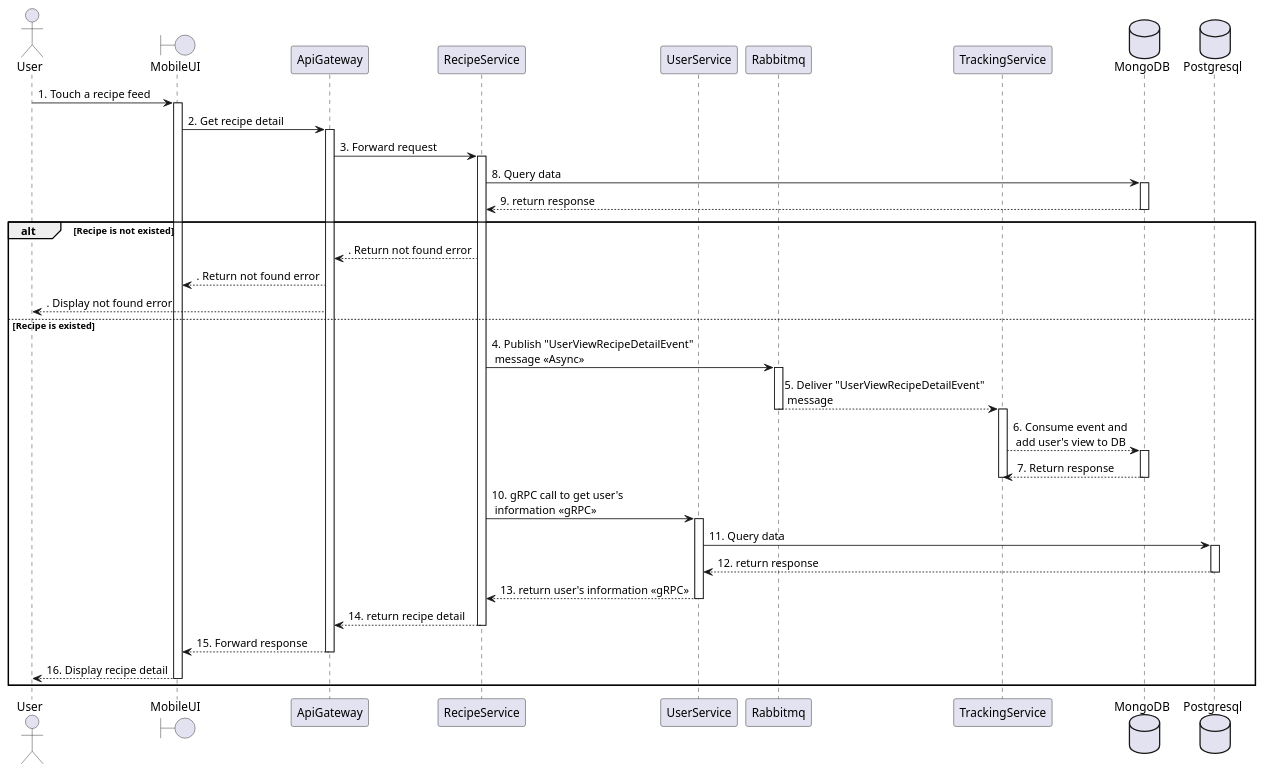
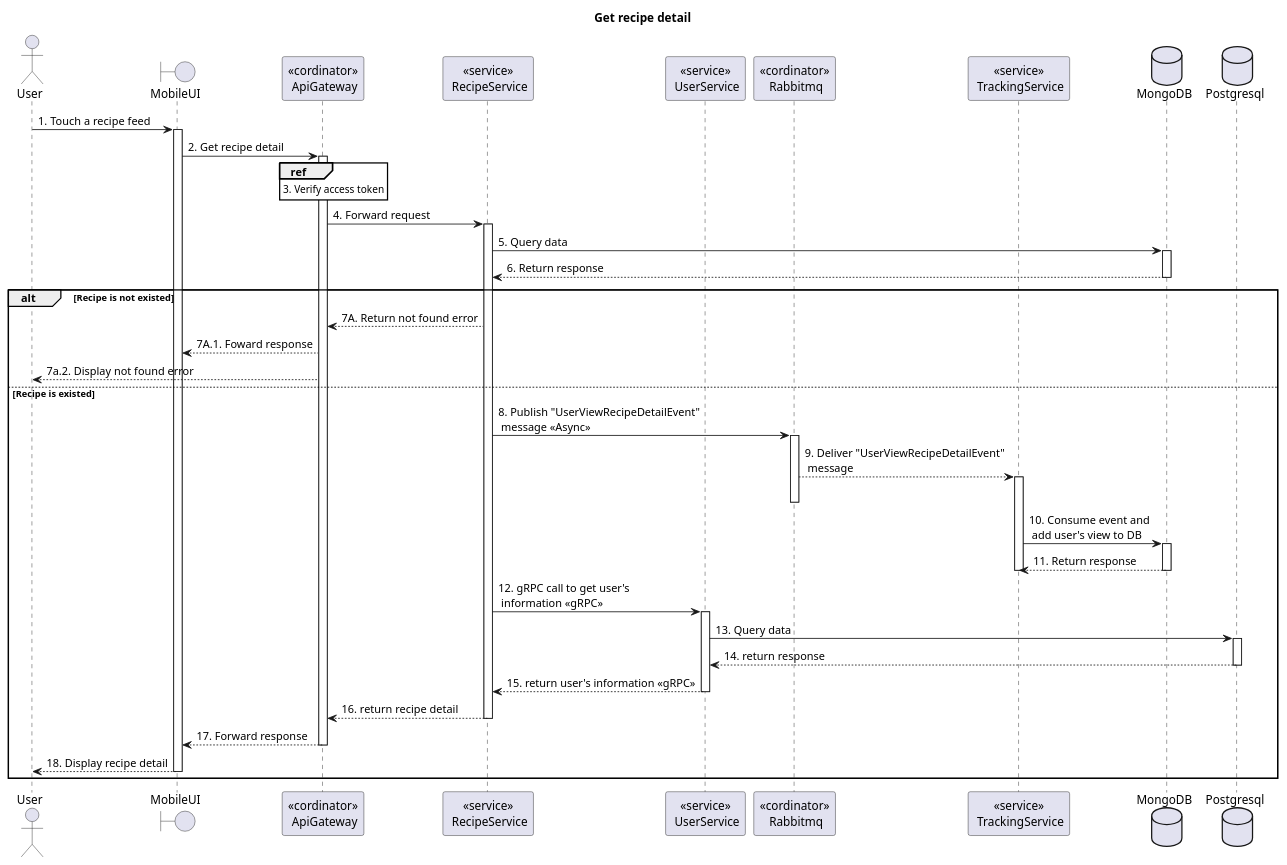
Before and after one commit to Carl-Johnsons/tastopia: the diagram in doc/SDS/Recipe/Get recipe detail/Sequence.plantuml, drawn with PlantUML. The commit also changed 10 other files, not shown here.

Commit message:
doc: update recipe sequences, add user, tracking sequences

```diff
--- a/doc/SDS/Recipe/Get recipe detail/Sequence.plantuml
+++ b/doc/SDS/Recipe/Get recipe detail/Sequence.plantuml
@@ -1,64 +1,57 @@
 @startuml GetRecipeDetail
+title "Get recipe detail"
+' Style section
+<style>
+  sequenceDiagram {
+    reference {
+      BackGroundColor white
+    }
+}
+</style>
+
 actor User
 boundary MobileUI
-participant ApiGateway
-participant RecipeService
-participant UserService
-participant Rabbitmq
-participant TrackingService
+participant "<<cordinator>>\n ApiGateway" as ApiGateway
+participant "<<service>>\n RecipeService" as RecipeService
+participant "<<service>>\n UserService" as UserService
+participant "<<cordinator>>\n Rabbitmq" as Rabbitmq
+participant "<<service>>\n TrackingService" as TrackingService
 database MongoDB
 database Postgresql
 
 
-User -> MobileUI: 1. Touch a recipe feed
-activate MobileUI
+User -> MobileUI++: 1. Touch a recipe feed
 
-MobileUI -> ApiGateway: 2. Get recipe detail
-activate ApiGateway
+MobileUI -> ApiGateway++: 2. Get recipe detail
 
-ApiGateway -> RecipeService: 3. Forward request
-activate RecipeService
+ref over ApiGateway: 3. Verify access token
 
+ApiGateway -> RecipeService++: 4. Forward request
 
-
-RecipeService -> MongoDB: 8. Query data
-activate MongoDB
-RecipeService <-- MongoDB: 9. return response
-deactivate MongoDB
+RecipeService -> MongoDB++: 5. Query data
+RecipeService <-- MongoDB--: 6. Return response
 
 alt Recipe is not existed
-    ApiGateway <-- RecipeService: . Return not found error
-    MobileUI <-- ApiGateway: . Return not found error
-    User <-- ApiGateway: . Display not found error
+    ApiGateway <-- RecipeService: 7A. Return not found error
+    MobileUI <-- ApiGateway: 7A.1. Foward response
+    User <-- ApiGateway: 7a.2. Display not found error
 else Recipe is existed
-
-    RecipeService -> Rabbitmq: 4. Publish "UserViewRecipeDetailEvent" \n message <<Async>>
-    activate Rabbitmq
-    Rabbitmq --> TrackingService: 5. Deliver "UserViewRecipeDetailEvent"\n message
+    RecipeService -> Rabbitmq++: 8. Publish "UserViewRecipeDetailEvent" \n message <<Async>>
+    Rabbitmq --> TrackingService++: 9. Deliver "UserViewRecipeDetailEvent"\n message
     deactivate Rabbitmq
-    activate TrackingService
-    TrackingService --> MongoDB: 6. Consume event and \n add user's view to DB
-    activate MongoDB
-    MongoDB --> TrackingService: 7. Return response
-    deactivate MongoDB
+    TrackingService -> MongoDB++: 10. Consume event and \n add user's view to DB
+    TrackingService <-- MongoDB--: 11. Return response
     deactivate TrackingService
 
-    RecipeService -> UserService: 10. gRPC call to get user's \n information <<gRPC>>
-    activate UserService
-    UserService -> Postgresql: 11. Query data
-    activate Postgresql
-    UserService <-- Postgresql: 12. return response
-    deactivate Postgresql
-    RecipeService <-- UserService: 13. return user's information <<gRPC>>
-    deactivate UserService
+    RecipeService -> UserService++: 12. gRPC call to get user's \n information <<gRPC>>
+    UserService -> Postgresql++: 13. Query data
+    UserService <-- Postgresql--: 14. return response
+    RecipeService <-- UserService--: 15. return user's information <<gRPC>>
 
-    ApiGateway <-- RecipeService: 14. return recipe detail
-    deactivate RecipeService
-    MobileUI <-- ApiGateway: 15. Forward response
-    deactivate ApiGateway
-    User <-- MobileUI: 16. Display recipe detail
-    deactivate MobileUI
+    ApiGateway <-- RecipeService--: 16. return recipe detail
+    MobileUI <-- ApiGateway--: 17. Forward response
+    User <-- MobileUI--: 18. Display recipe detail
 end alt
 
 
 @enduml
```
